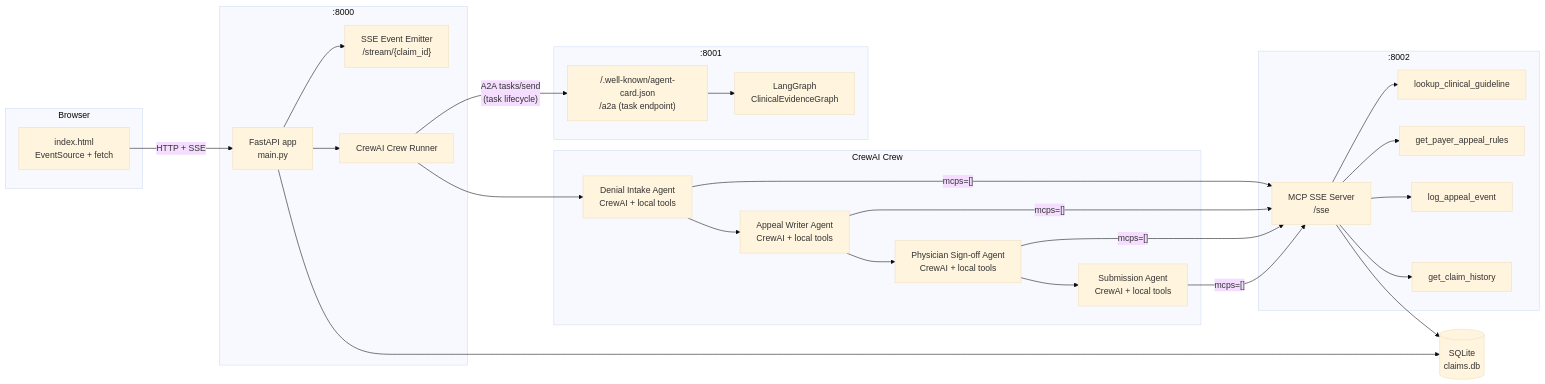
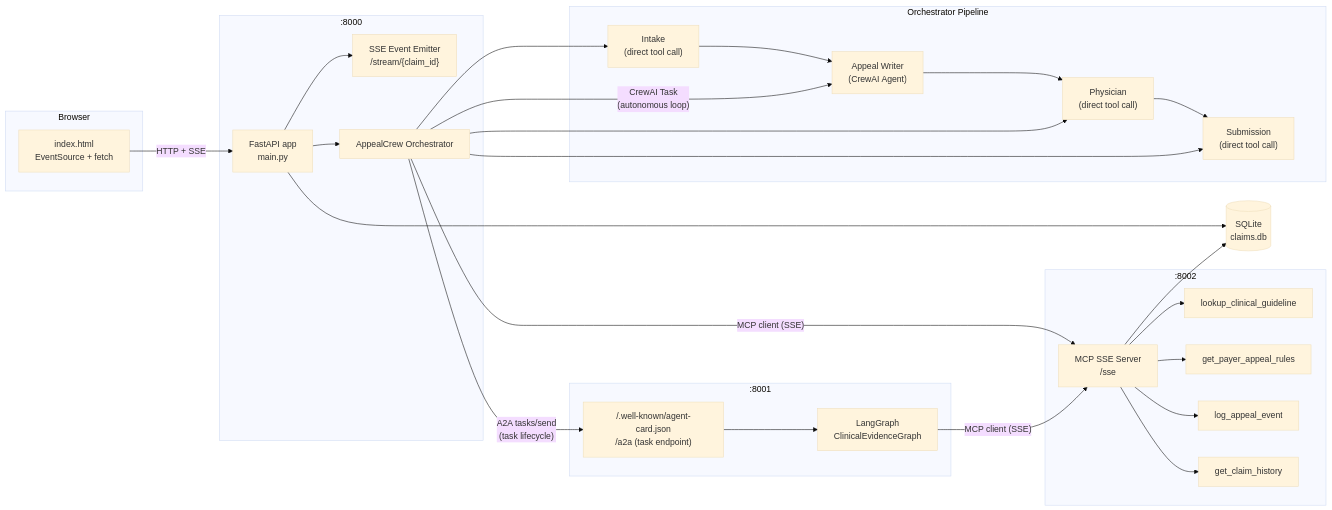
One commit to tuangatech/claim-reversal changed the second of 8 diagrams in _docs/02.clinical-denial-reversal-tech-spec.md. Above: the diagram before and after it, drawn with Mermaid (base theme). The commit also changed other lines of this file and 5 other files, not shown here.

Commit message:
Update Crew Agent and MCP tool calls

````diff
--- a/_docs/02.clinical-denial-reversal-tech-spec.md
+++ b/_docs/02.clinical-denial-reversal-tech-spec.md
@@ -183,46 +191,50 @@
 ```mermaid
 graph LR
     subgraph Browser
         UI["index.html\nEventSource + fetch"]
     end
 
     subgraph Main Process [:8000]
         API["FastAPI app\nmain.py"]
         SSE["SSE Event Emitter\n/stream/{claim_id}"]
-        CREW_RUNNER["CrewAI Crew Runner"]
+        ORCH["AppealCrew Orchestrator"]
         API --> SSE
-        API --> CREW_RUNNER
+        API --> ORCH
     end
 
-    subgraph CrewAI Crew
-        INTAKE_A["Denial Intake Agent\nCrewAI + local tools"]
-        WRITER_A["Appeal Writer Agent\nCrewAI + local tools"]
-        PHYSICIAN_A["Physician Sign-off Agent\nCrewAI + local tools"]
-        SUBMISSION_A["Submission Agent\nCrewAI + local tools"]
-        INTAKE_A --> WRITER_A --> PHYSICIAN_A --> SUBMISSION_A
+    subgraph Orchestrator Pipeline
+        INTAKE_T["Intake\n(direct tool call)"]
+        WRITER_A["Appeal Writer\n(CrewAI Agent)"]
+        PHYSICIAN_T["Physician\n(direct tool call)"]
+        SUBMISSION_T["Submission\n(direct tool call)"]
+        INTAKE_T --> WRITER_A --> PHYSICIAN_T --> SUBMISSION_T
     end
 
     subgraph A2A Server [:8001]
         A2A_ENDPOINT["/.well-known/agent-card.json\n/a2a (task endpoint)"]
         LG["LangGraph\nClinicalEvidenceGraph"]
         A2A_ENDPOINT --> LG
     end
 
     subgraph MCP Server [:8002]
         MCP_SERVER["MCP SSE Server\n/sse"]
         T1["lookup_clinical_guideline"]
         T2["get_payer_appeal_rules"]
         T3["log_appeal_event"]
         T4["get_claim_history"]
         MCP_SERVER --> T1 & T2 & T3 & T4
     end
 
     DB[("SQLite\nclaims.db")]
 
     UI -->|HTTP + SSE| API
-    CREW_RUNNER --> INTAKE_A
-    CREW_RUNNER -->|"A2A tasks/send\n(task lifecycle)"| A2A_ENDPOINT
-    INTAKE_A & WRITER_A & PHYSICIAN_A & SUBMISSION_A -->|"mcps=[]"| MCP_SERVER
+    ORCH --> INTAKE_T
+    ORCH -->|"A2A tasks/send\n(task lifecycle)"| A2A_ENDPOINT
+    ORCH -->|"CrewAI Task\n(autonomous loop)"| WRITER_A
+    ORCH --> PHYSICIAN_T
+    ORCH --> SUBMISSION_T
+    ORCH -->|"MCP client (SSE)"| MCP_SERVER
+    LG -->|"MCP client (SSE)"| MCP_SERVER
     MCP_SERVER --> DB
     API --> DB
 ```
````
